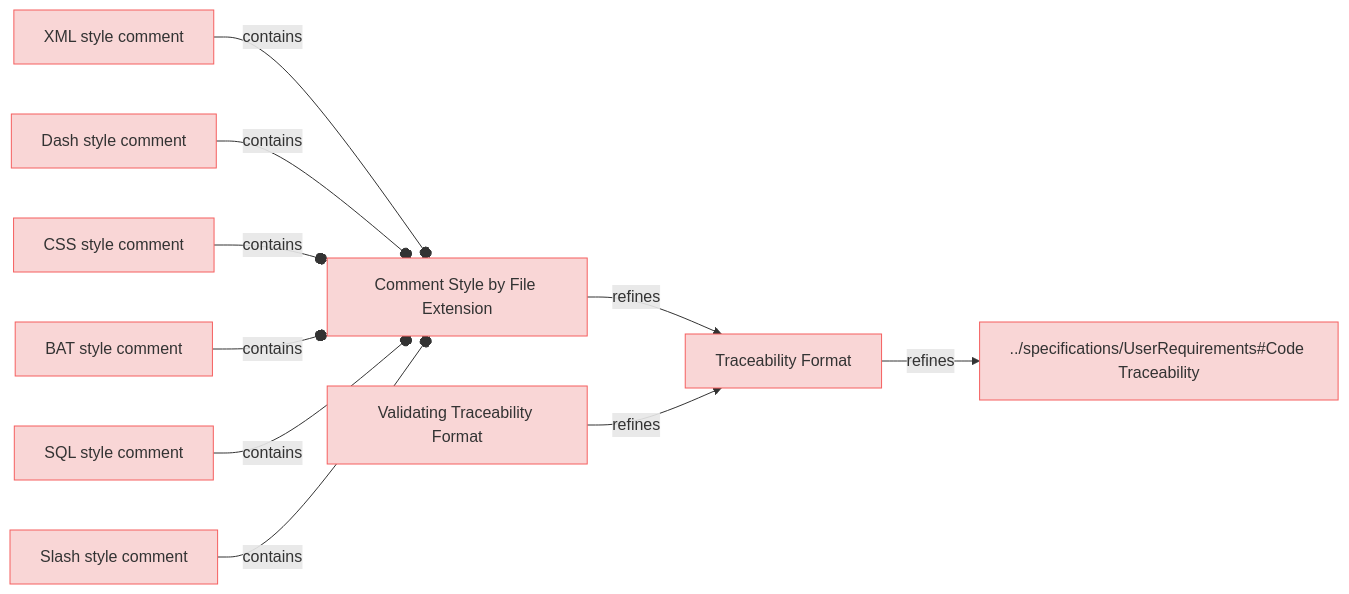
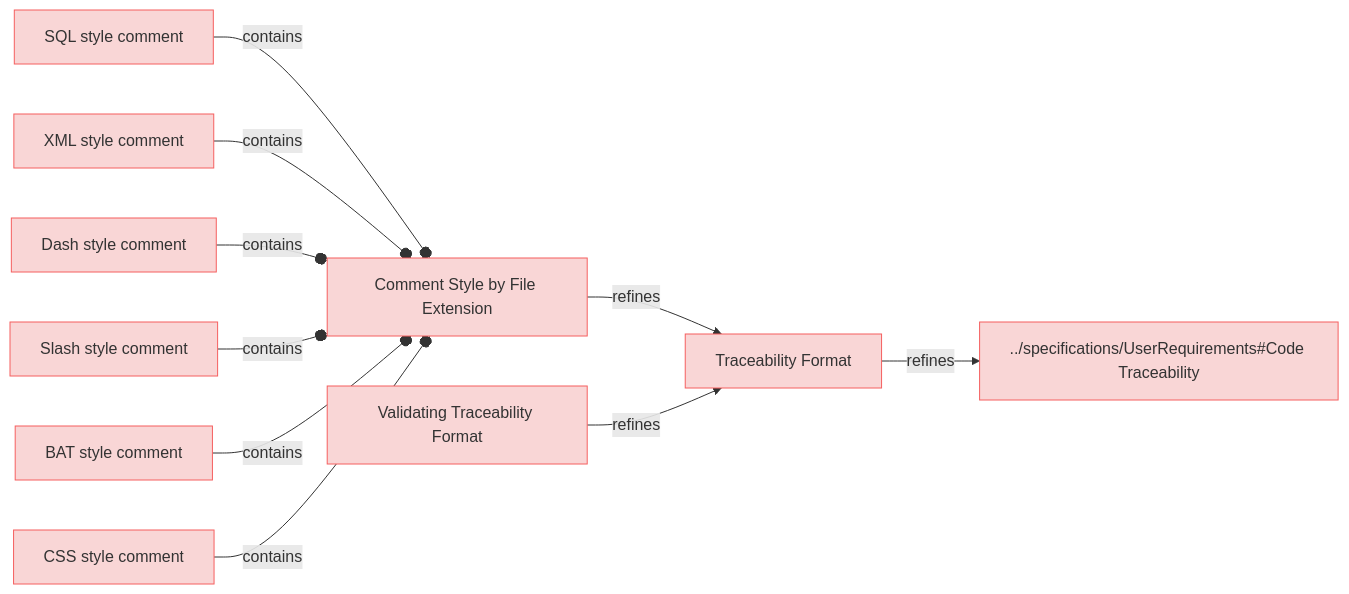
One commit to reqvire-org/reqvire changed the diagram in specifications/CodeTraecabilityRequirements.md. Above: the diagram before and after it, drawn with Mermaid. The commit also changed 15 other files, not shown here.

Commit message:
Linted and new diagrams generated.

````diff
--- a/specifications/CodeTraecabilityRequirements.md
+++ b/specifications/CodeTraecabilityRequirements.md
@@ -4,48 +4,48 @@
 ```mermaid
 graph LR;
   %% Graph styling
   classDef requirement fill:#f9d6d6,stroke:#f55f5f,stroke-width:1px;
   classDef verification fill:#d6f9d6,stroke:#5fd75f,stroke-width:1px;
   classDef externalLink fill:#d0e0ff,stroke:#3080ff,stroke-width:1px;
   classDef default fill:#f5f5f5,stroke:#333333,stroke-width:1px;
 
+  cb7a50ba5073bd8f["SQL style comment"];
+  click cb7a50ba5073bd8f "https://github.com/Reqvire/reqvire/blob/b8c43d2689b933838bf1838d8a4cdf3393c9014f/specifications/CodeTraecabilityRequirements.md#sql-style-comment";
+  class cb7a50ba5073bd8f requirement;
+  c332a9a7fee51b73["Comment Style by File Extension"];
+  class c332a9a7fee51b73 requirement;
+  click c332a9a7fee51b73 "https://github.com/Reqvire/reqvire/blob/b8c43d2689b933838bf1838d8a4cdf3393c9014f/specifications/CodeTraecabilityRequirements.md#comment-style-by-file-extension";
+  cb7a50ba5073bd8f --o|contains| c332a9a7fee51b73;
   8086d70961a4c09["Traceability Format"];
-  click 8086d70961a4c09 "https://github.com/Reqvire/reqvire/blob/f18e52f9f88c64f67a79abc4e93eb74b3ec22615/specifications/CodeTraecabilityRequirements.md#traceability-format";
+  click 8086d70961a4c09 "https://github.com/Reqvire/reqvire/blob/b8c43d2689b933838bf1838d8a4cdf3393c9014f/specifications/CodeTraecabilityRequirements.md#traceability-format";
   class 8086d70961a4c09 requirement;
   8c02a4fb740392b["../specifications/UserRequirements#Code Traceability"];
   class 8c02a4fb740392b requirement;
-  click 8c02a4fb740392b "https://github.com/Reqvire/reqvire/blob/f18e52f9f88c64f67a79abc4e93eb74b3ec22615/specifications/UserRequirements.md#code-traceability";
+  click 8c02a4fb740392b "https://github.com/Reqvire/reqvire/blob/b8c43d2689b933838bf1838d8a4cdf3393c9014f/specifications/UserRequirements.md#code-traceability";
   8086d70961a4c09 -->|refines| 8c02a4fb740392b;
   f02fa9023214d641["XML style comment"];
-  click f02fa9023214d641 "https://github.com/Reqvire/reqvire/blob/f18e52f9f88c64f67a79abc4e93eb74b3ec22615/specifications/CodeTraecabilityRequirements.md#xml-style-comment";
+  click f02fa9023214d641 "https://github.com/Reqvire/reqvire/blob/b8c43d2689b933838bf1838d8a4cdf3393c9014f/specifications/CodeTraecabilityRequirements.md#xml-style-comment";
   class f02fa9023214d641 requirement;
-  c332a9a7fee51b73["Comment Style by File Extension"];
-  class c332a9a7fee51b73 requirement;
-  click c332a9a7fee51b73 "https://github.com/Reqvire/reqvire/blob/f18e52f9f88c64f67a79abc4e93eb74b3ec22615/specifications/CodeTraecabilityRequirements.md#comment-style-by-file-extension";
   f02fa9023214d641 --o|contains| c332a9a7fee51b73;
   c332a9a7fee51b73 -->|refines| 8086d70961a4c09;
   e7305180ad512acd["Dash style comment"];
-  click e7305180ad512acd "https://github.com/Reqvire/reqvire/blob/f18e52f9f88c64f67a79abc4e93eb74b3ec22615/specifications/CodeTraecabilityRequirements.md#dash-style-comment";
+  click e7305180ad512acd "https://github.com/Reqvire/reqvire/blob/b8c43d2689b933838bf1838d8a4cdf3393c9014f/specifications/CodeTraecabilityRequirements.md#dash-style-comment";
   class e7305180ad512acd requirement;
   e7305180ad512acd --o|contains| c332a9a7fee51b73;
+  1e4723b5a9d499c3["Validating Traceability Format"];
+  click 1e4723b5a9d499c3 "https://github.com/Reqvire/reqvire/blob/b8c43d2689b933838bf1838d8a4cdf3393c9014f/specifications/CodeTraecabilityRequirements.md#validating-traceability-format";
+  class 1e4723b5a9d499c3 requirement;
+  1e4723b5a9d499c3 -->|refines| 8086d70961a4c09;
+  e7b2735ad78db7f7["Slash style comment"];
+  click e7b2735ad78db7f7 "https://github.com/Reqvire/reqvire/blob/b8c43d2689b933838bf1838d8a4cdf3393c9014f/specifications/CodeTraecabilityRequirements.md#slash-style-comment";
+  class e7b2735ad78db7f7 requirement;
+  e7b2735ad78db7f7 --o|contains| c332a9a7fee51b73;
+  d6b76d3e1a3056ce["BAT style comment"];
+  click d6b76d3e1a3056ce "https://github.com/Reqvire/reqvire/blob/b8c43d2689b933838bf1838d8a4cdf3393c9014f/specifications/CodeTraecabilityRequirements.md#bat-style-comment";
+  class d6b76d3e1a3056ce requirement;
+  d6b76d3e1a3056ce --o|contains| c332a9a7fee51b73;
   240322b67055a395["CSS style comment"];
-  click 240322b67055a395 "https://github.com/Reqvire/reqvire/blob/f18e52f9f88c64f67a79abc4e93eb74b3ec22615/specifications/CodeTraecabilityRequirements.md#css-style-comment";
+  click 240322b67055a395 "https://github.com/Reqvire/reqvire/blob/b8c43d2689b933838bf1838d8a4cdf3393c9014f/specifications/CodeTraecabilityRequirements.md#css-style-comment";
   class 240322b67055a395 requirement;
   240322b67055a395 --o|contains| c332a9a7fee51b73;
-  d6b76d3e1a3056ce["BAT style comment"];
-  click d6b76d3e1a3056ce "https://github.com/Reqvire/reqvire/blob/f18e52f9f88c64f67a79abc4e93eb74b3ec22615/specifications/CodeTraecabilityRequirements.md#bat-style-comment";
-  class d6b76d3e1a3056ce requirement;
-  d6b76d3e1a3056ce --o|contains| c332a9a7fee51b73;
-  1e4723b5a9d499c3["Validating Traceability Format"];
-  click 1e4723b5a9d499c3 "https://github.com/Reqvire/reqvire/blob/f18e52f9f88c64f67a79abc4e93eb74b3ec22615/specifications/CodeTraecabilityRequirements.md#validating-traceability-format";
-  class 1e4723b5a9d499c3 requirement;
-  1e4723b5a9d499c3 -->|refines| 8086d70961a4c09;
-  cb7a50ba5073bd8f["SQL style comment"];
-  click cb7a50ba5073bd8f "https://github.com/Reqvire/reqvire/blob/f18e52f9f88c64f67a79abc4e93eb74b3ec22615/specifications/CodeTraecabilityRequirements.md#sql-style-comment";
-  class cb7a50ba5073bd8f requirement;
-  cb7a50ba5073bd8f --o|contains| c332a9a7fee51b73;
-  e7b2735ad78db7f7["Slash style comment"];
-  click e7b2735ad78db7f7 "https://github.com/Reqvire/reqvire/blob/f18e52f9f88c64f67a79abc4e93eb74b3ec22615/specifications/CodeTraecabilityRequirements.md#slash-style-comment";
-  class e7b2735ad78db7f7 requirement;
-  e7b2735ad78db7f7 --o|contains| c332a9a7fee51b73;
 ```
````
